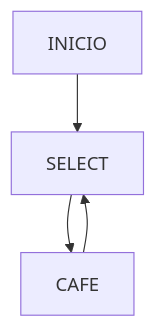
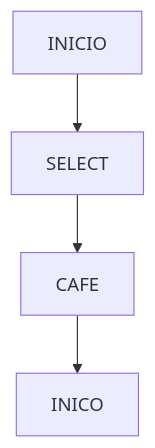
One commit to facumruiz/Plantilla_DigitalesPIC18 changed the diagram in README.md. Above: the diagram before and after it, drawn with Mermaid.

````diff
--- a/README.md
+++ b/README.md
@@ -57,10 +57,10 @@
 ```mermaid
 graph TD;
     INICIO-->SELECT
 
     SELECT-->CAFE;
-    CAFE-->SELECT;
+    CAFE-->INICO;
 
   
     
 ```
````
